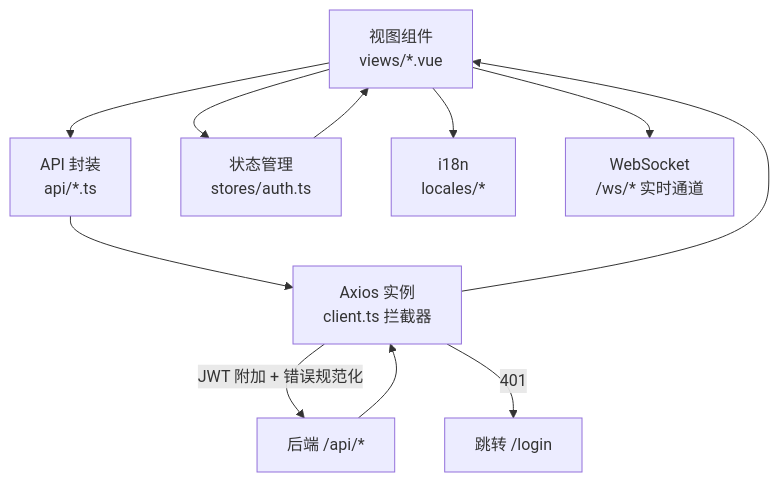
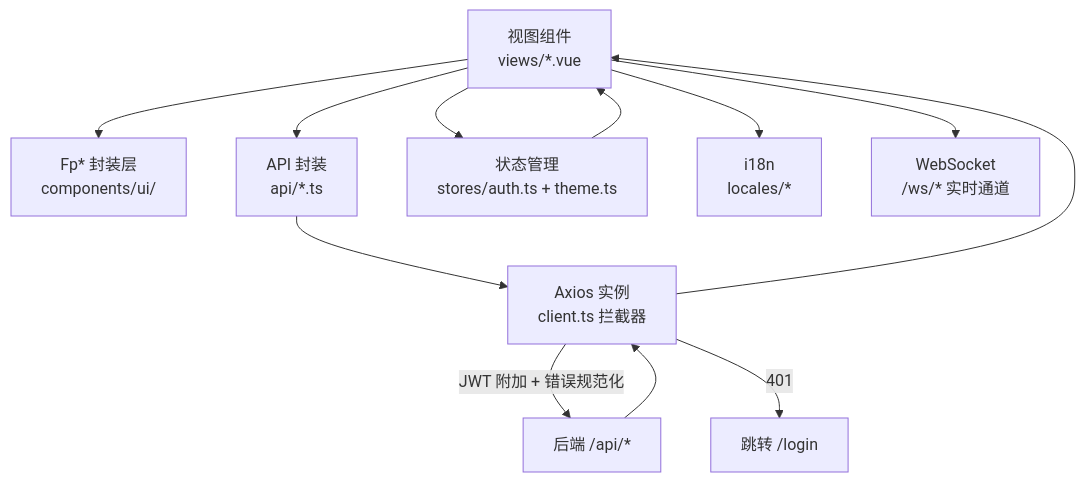
One commit to Forevery1021/Flamepanel changed the first of 2 diagrams in Doc/04-前端开发指南.md. Above: the diagram before and after it, drawn with Mermaid. The commit also changed other lines of this file and 73 other files, not shown here.

````diff
--- a/Doc/04-前端开发指南.md
+++ b/Doc/04-前端开发指南.md
@@ -104,13 +253,14 @@
 ```mermaid
 flowchart TD
-    V["视图组件<br/>views/*.vue"] --> A["API 封装<br/>api/*.ts"]
-    V --> S["状态管理<br/>stores/auth.ts"]
+    V["视图组件<br/>views/*.vue"] --> Fp["Fp* 封装层<br/>components/ui/"]
+    V --> A["API 封装<br/>api/*.ts"]
+    V --> S["状态管理<br/>stores/auth.ts + theme.ts"]
     V --> L["i18n<br/>locales/*"]
     A --> C["Axios 实例<br/>client.ts 拦截器"]
     C -->|"JWT 附加 + 错误规范化"| BE["后端 /api/*"]
     C -- "401" --> LOGIN["跳转 /login"]
     BE --> C
     C --> V
     S --> V
     V --> WS["WebSocket<br/>/ws/* 实时通道"]
 ```
````
